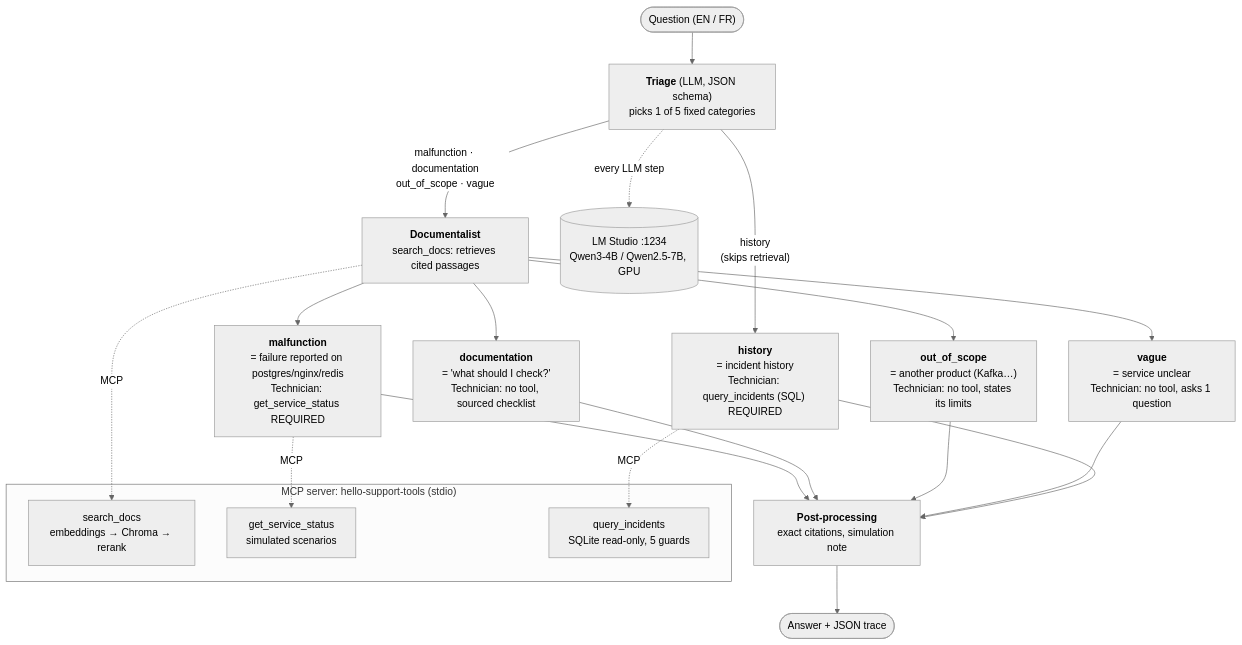
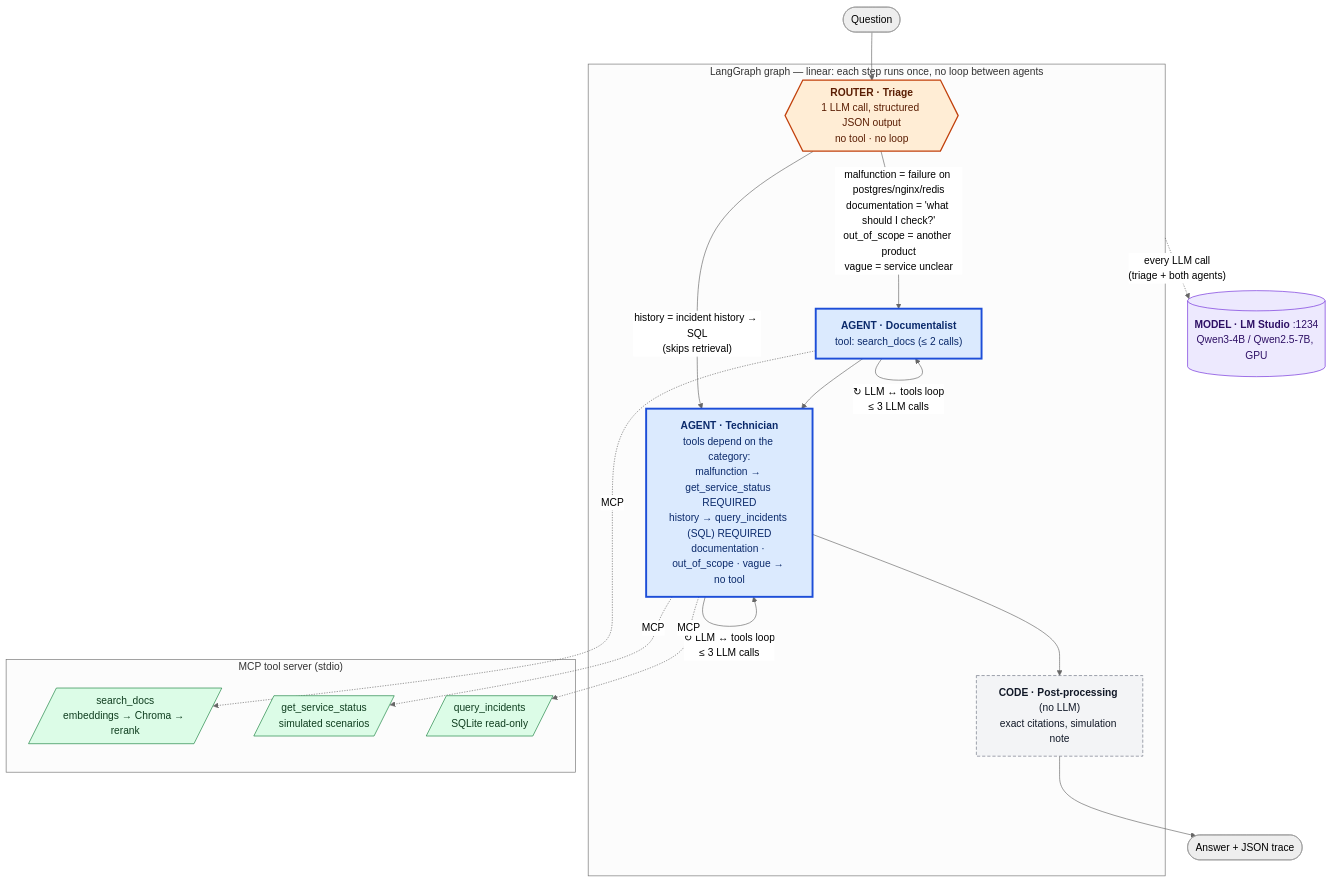
One commit to StephaneHe/HelloSupport changed the first of 2 diagrams in README.md. Above: the diagram before and after it, drawn with Mermaid (neutral theme). The commit also changed other lines of this file and 7 other files, not shown here.

First line of the commit message:
Make agents, router and code explicit in the architecture diagrams (v1.9.3)

````diff
--- a/README.md
+++ b/README.md
@@ -33,27 +33,40 @@
 ```mermaid
 flowchart TB
-    Q(["Question (EN / FR)"]) --> T["<b>Triage</b> (LLM, JSON schema)<br/>picks 1 of 5 fixed categories"]
-    T -->|"malfunction · documentation<br/>out_of_scope · vague"| D["<b>Documentalist</b><br/>search_docs: retrieves cited passages"]
-    T -->|"history<br/>(skips retrieval)"| H
+    Q(["Question"]) --> T
 
-    D --> M["<b>malfunction</b><br/>= failure reported on postgres/nginx/redis<br/>Technician: get_service_status REQUIRED"]
-    D --> DO["<b>documentation</b><br/>= 'what should I check?'<br/>Technician: no tool, sourced checklist"]
-    D --> O["<b>out_of_scope</b><br/>= another product (Kafka…)<br/>Technician: no tool, states its limits"]
-    D --> V["<b>vague</b><br/>= service unclear<br/>Technician: no tool, asks 1 question"]
-    H["<b>history</b><br/>= incident history<br/>Technician: query_incidents (SQL) REQUIRED"]
-
-    M & DO & O & V & H --> P["<b>Post-processing</b><br/>exact citations, simulation note"]
+    subgraph G["LangGraph graph — linear: each step runs once, no loop between agents"]
+        T{{"<b>ROUTER · Triage</b><br/>1 LLM call, structured JSON output<br/>no tool · no loop"}}
+        T -->|"malfunction = failure on postgres/nginx/redis<br/>documentation = 'what should I check?'<br/>out_of_scope = another product<br/>vague = service unclear"| D
+        T -->|"history = incident history → SQL<br/>(skips retrieval)"| TE
+        D["<b>AGENT · Documentalist</b><br/>tool: search_docs (≤ 2 calls)"]
+        D -->|"↻ LLM ↔ tools loop<br/>≤ 3 LLM calls"| D
+        D --> TE
+        TE["<b>AGENT · Technician</b><br/>tools depend on the category:<br/>malfunction → get_service_status REQUIRED<br/>history → query_incidents (SQL) REQUIRED<br/>documentation · out_of_scope · vague → no tool"]
+        TE -->|"↻ LLM ↔ tools loop<br/>≤ 3 LLM calls"| TE
+        TE --> P["<b>CODE · Post-processing</b> (no LLM)<br/>exact citations, simulation note"]
+    end
     P --> A(["Answer + JSON trace"])
 
-    subgraph TOOLS["MCP server: hello-support-tools (stdio)"]
-        S1["search_docs<br/>embeddings → Chroma → rerank"]
-        S2["get_service_status<br/>simulated scenarios"]
-        S3["query_incidents<br/>SQLite read-only, 5 guards"]
+    subgraph MCP["MCP tool server (stdio)"]
+        S1[/"search_docs<br/>embeddings → Chroma → rerank"/]
+        S2[/"get_service_status<br/>simulated scenarios"/]
+        S3[/"query_incidents<br/>SQLite read-only"/]
     end
     D -. "MCP" .-> S1
-    M -. "MCP" .-> S2
-    H -. "MCP" .-> S3
+    TE -. "MCP" .-> S2
+    TE -. "MCP" .-> S3
 
-    LLM[("LM Studio :1234<br/>Qwen3-4B / Qwen2.5-7B, GPU")]
-    T -. "every LLM step" .-> LLM
+    LLM[("<b>MODEL · LM Studio</b> :1234<br/>Qwen3-4B / Qwen2.5-7B, GPU")]
+    G -. "every LLM call<br/>(triage + both agents)" .-> LLM
+
+    classDef agent fill:#dbeafe,stroke:#1d4ed8,stroke-width:3px,color:#0b2a6b
+    classDef router fill:#ffedd5,stroke:#c2410c,stroke-width:2px,color:#5a1d03
+    classDef code fill:#f3f4f6,stroke:#6b7280,stroke-width:1px,stroke-dasharray:5 3,color:#111827
+    classDef tool fill:#dcfce7,stroke:#15803d,color:#0f3d1f
+    classDef model fill:#ede9fe,stroke:#6d28d9,color:#2e1065
+    class D,TE agent
+    class T router
+    class P code
+    class S1,S2,S3 tool
+    class LLM model
 ```
````
